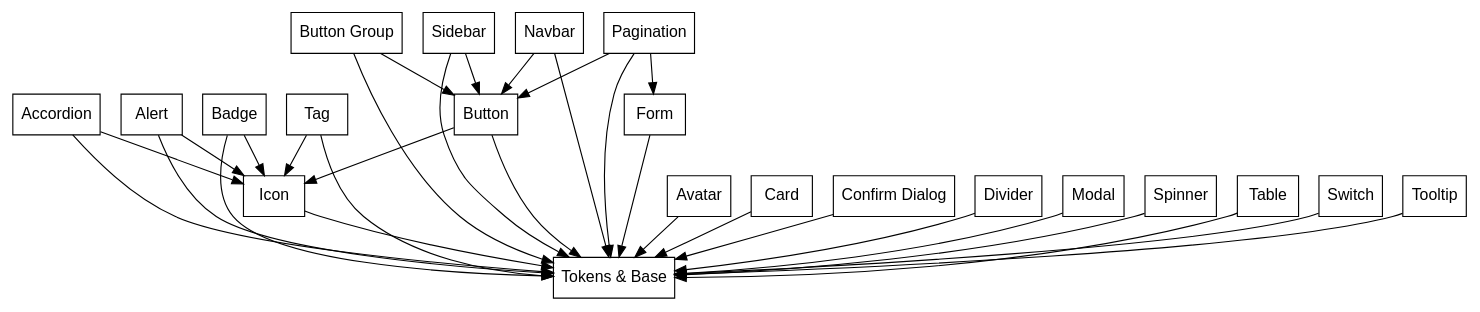
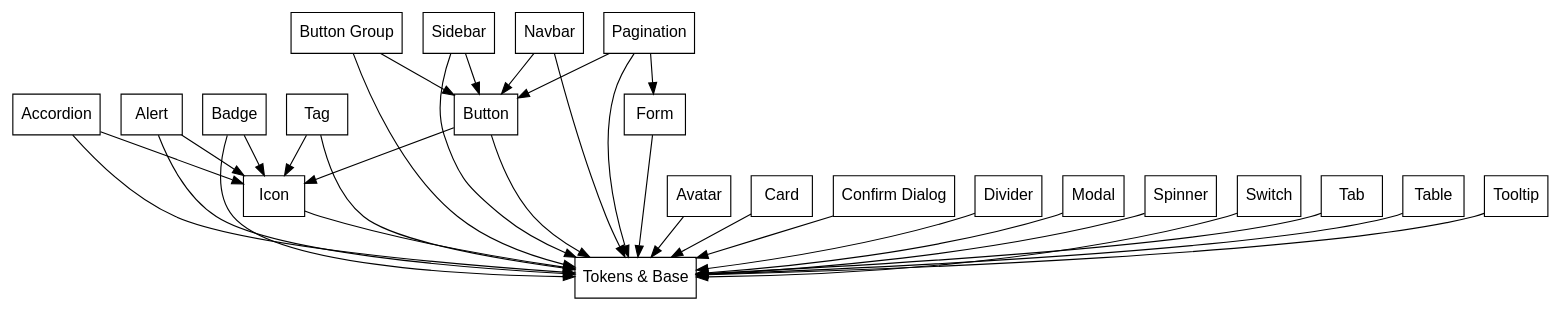
One commit to RoleModel/optics changed the diagram in tools/generate-graph.dot. Above: the diagram before and after it, drawn with Graphviz. The commit also changed 2 other files, not shown here.

Commit message:
Update dependency graph and fix formatting

```diff
--- a/tools/generate-graph.dot
+++ b/tools/generate-graph.dot
@@ -1,47 +1,48 @@
 digraph dependencies {
   fontname = "Helvetica,Arial,sans-serif";
   node [fontname = "Helvetica,Arial,sans-serif";];
   edge [fontname = "Helvetica,Arial,sans-serif";];
   node [shape = box;];
   "Tokens & Base";
 
   "Accordion" -> "Tokens & Base";
   "Accordion" -> "Icon";
 
   "Alert" -> "Tokens & Base";
   "Alert" -> "Icon";
 
   "Badge" -> "Tokens & Base";
   "Badge" -> "Icon";
 
   "Button" -> "Tokens & Base";
   "Button" -> "Icon";
 
   "Tag" -> "Tokens & Base";
   "Tag" -> "Icon";
 
   "Button Group" -> "Tokens & Base";
   "Button Group" -> "Button";
 
   "Sidebar" -> "Tokens & Base";
   "Sidebar" -> "Button";
 
   "Navbar" -> "Tokens & Base";
   "Navbar" -> "Button";
 
   "Pagination" -> "Button";
   "Pagination" -> "Form";
   "Pagination" -> "Tokens & Base";
 
   "Avatar" -> "Tokens & Base";
   "Card" -> "Tokens & Base";
   "Confirm Dialog" -> "Tokens & Base";
   "Divider" -> "Tokens & Base";
   "Form" -> "Tokens & Base";
   "Icon" -> "Tokens & Base";
   "Modal" -> "Tokens & Base";
   "Spinner" -> "Tokens & Base";
+  "Switch" -> "Tokens & Base";
+  "Tab" -> "Tokens & Base";
   "Table" -> "Tokens & Base";
-  "Switch" -> "Tokens & Base";
   "Tooltip" -> "Tokens & Base";
 }
```
